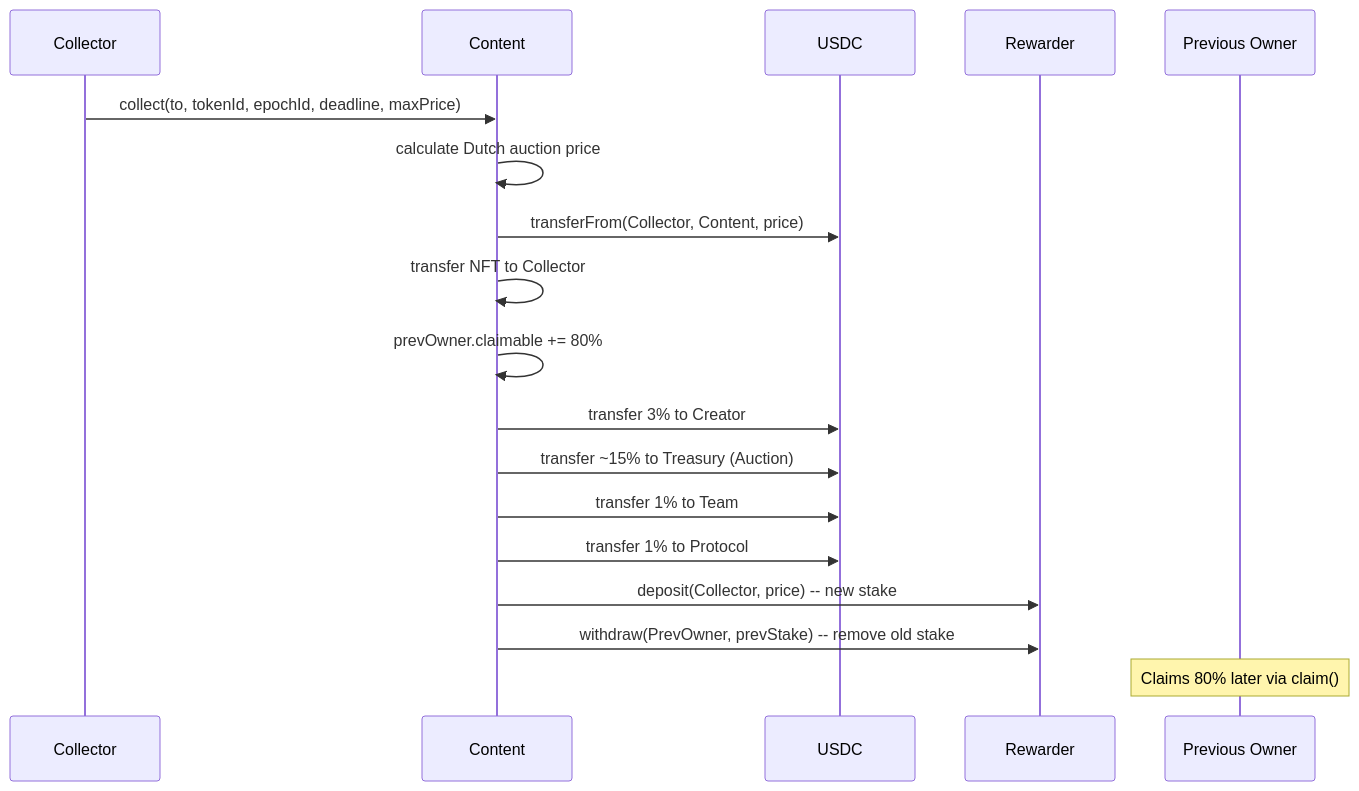
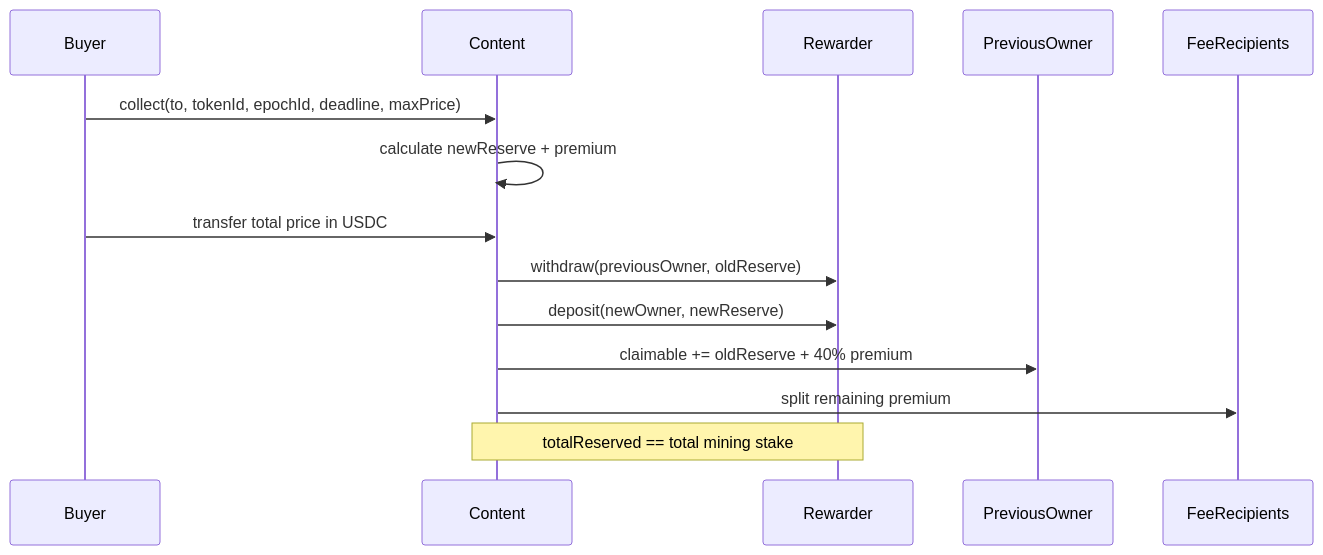
One commit to Heesho/stickrnet-monorepo changed the diagram in README.md. Above: the diagram before and after it, drawn with Mermaid. The commit also changed other lines of this file and 79 other files, not shown here.

````diff
--- a/README.md
+++ b/README.md
@@ -377,21 +75,17 @@
 ```mermaid
 sequenceDiagram
-    participant Collector
+    participant Buyer
     participant Content
-    participant USDC
     participant Rewarder
-    participant PrevOwner as Previous Owner
+    participant PreviousOwner
+    participant FeeRecipients
 
-    Collector->>Content: collect(to, tokenId, epochId, deadline, maxPrice)
-    Content->>Content: calculate Dutch auction price
-    Content->>USDC: transferFrom(Collector, Content, price)
-    Content->>Content: transfer NFT to Collector
-    Content->>Content: prevOwner.claimable += 80%
-    Content->>USDC: transfer 3% to Creator
-    Content->>USDC: transfer ~15% to Treasury (Auction)
-    Content->>USDC: transfer 1% to Team
-    Content->>USDC: transfer 1% to Protocol
-    Content->>Rewarder: deposit(Collector, price) -- new stake
-    Content->>Rewarder: withdraw(PrevOwner, prevStake) -- remove old stake
-    Note over PrevOwner: Claims 80% later via claim()
+    Buyer->>Content: collect(to, tokenId, epochId, deadline, maxPrice)
+    Content->>Content: calculate newReserve + premium
+    Buyer->>Content: transfer total price in USDC
+    Content->>Rewarder: withdraw(previousOwner, oldReserve)
+    Content->>Rewarder: deposit(newOwner, newReserve)
+    Content->>PreviousOwner: claimable += oldReserve + 40% premium
+    Content->>FeeRecipients: split remaining premium
+    Note over Content,Rewarder: totalReserved == total mining stake
 ```
````
